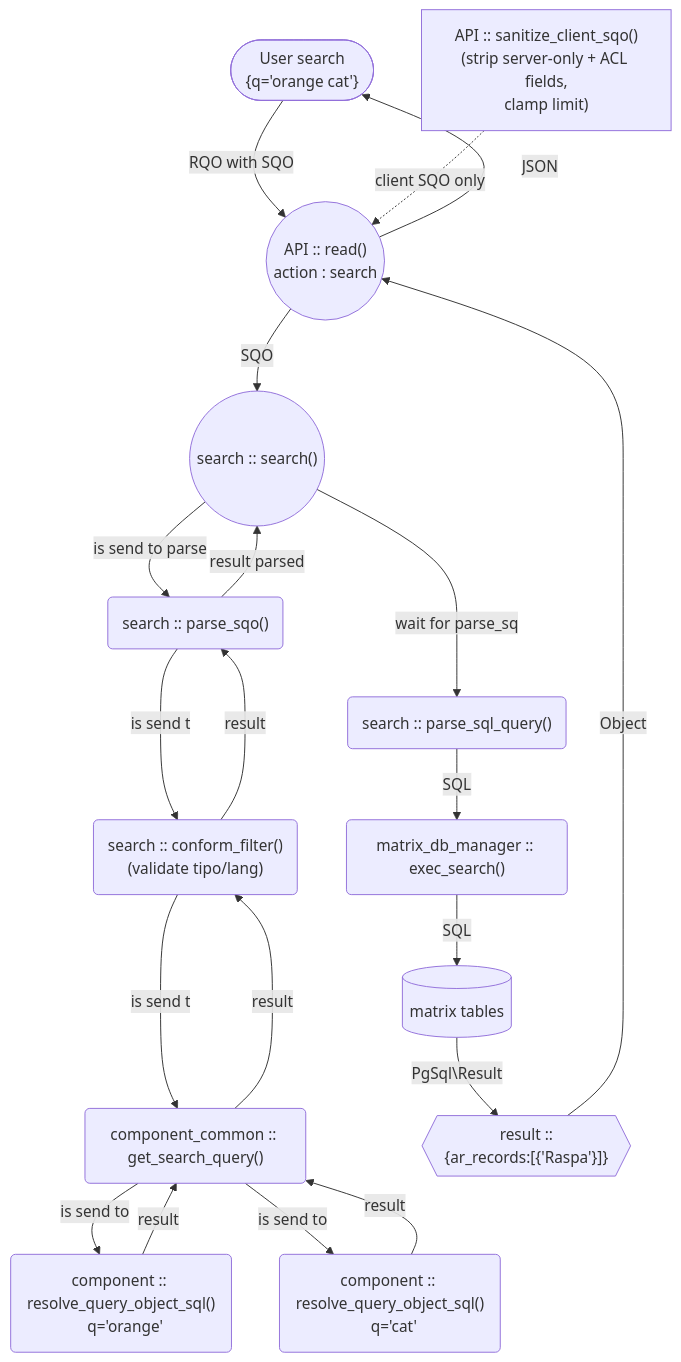
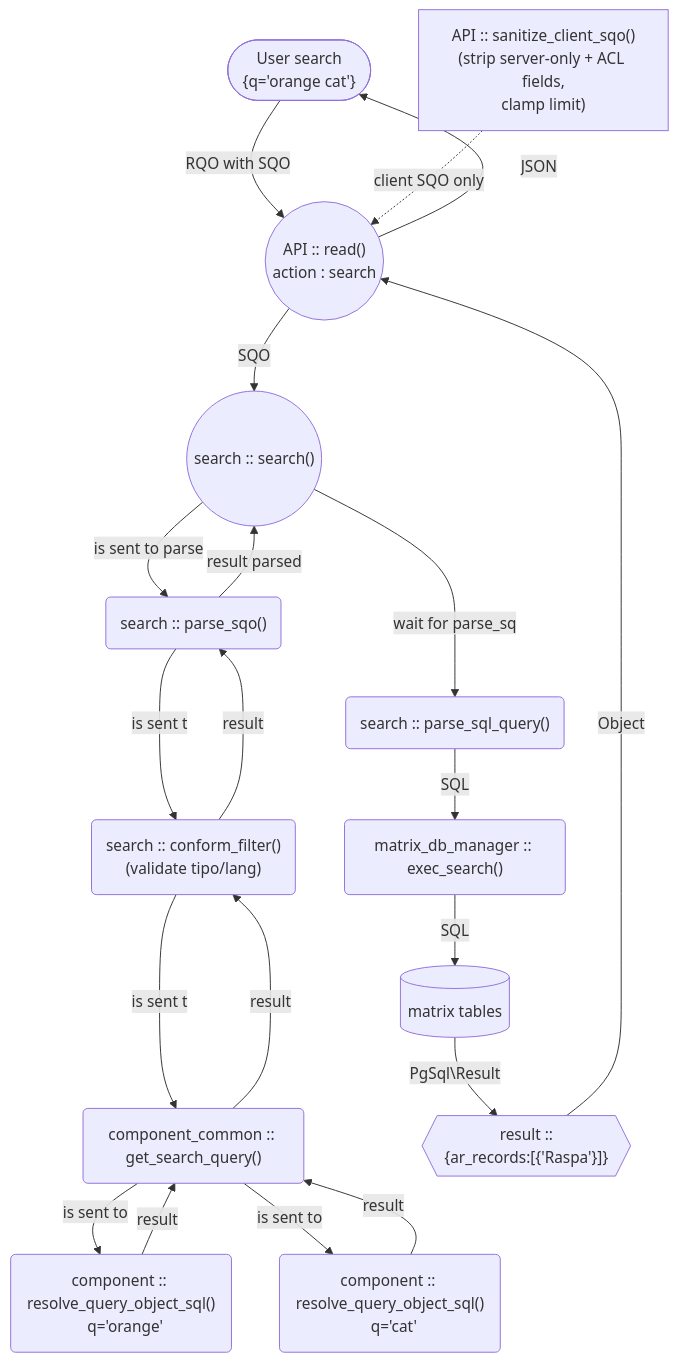
Before and after one commit to renderpci/dedalo: the first of 4 diagrams in docs/core/sqo.md, drawn with Mermaid. The commit also changed other lines of this file and 116 other files, not shown here.

````diff
--- a/docs/core/sqo.md
+++ b/docs/core/sqo.md
@@ -21,33 +25,33 @@
 ```mermaid
     graph TD
     A(["User  search
      {q='orange cat'}"]) -- RQO with SQO--> B
     B(("API :: read()
     action : search"))
     B --SQO--> C(("search :: search()" ))
     A2["API :: sanitize_client_sqo()
     (strip server-only + ACL fields,
     clamp limit)"] -.client SQO only.-> B
-    C --is send to parse--> D("search :: parse_sqo()" )
+    C --is sent to parse--> D("search :: parse_sqo()" )
     D-- result parsed -->C
-    D --is send to--> E("search :: conform_filter()
+    D --is sent to--> E("search :: conform_filter()
     (validate tipo/lang)" )
     E-- result -->D
-    E --is send to--> F("component_common :: get_search_query()" )
+    E --is sent to--> F("component_common :: get_search_query()" )
     F-- result -->E
-    F-- is send to -->G
+    F-- is sent to -->G
     G("component :: resolve_query_object_sql()
       q='orange'")
-    F-- is send to -->H
+    F-- is sent to -->H
     H("component :: resolve_query_object_sql()
       q='cat' ")
     G-- result -->F
     H-- result -->F
     C-- wait for parse_sqo--> I("search :: parse_sql_query()")
     I--SQL--> J("matrix_db_manager :: exec_search()")
     J--SQL-->Q[(matrix tables)]
     Q --PgSql\Result--> K{{"result ::
     {ar_records:[{'Raspa'}]}"}}
     K --Object--> B
     B --JSON--> A
 ```
````
